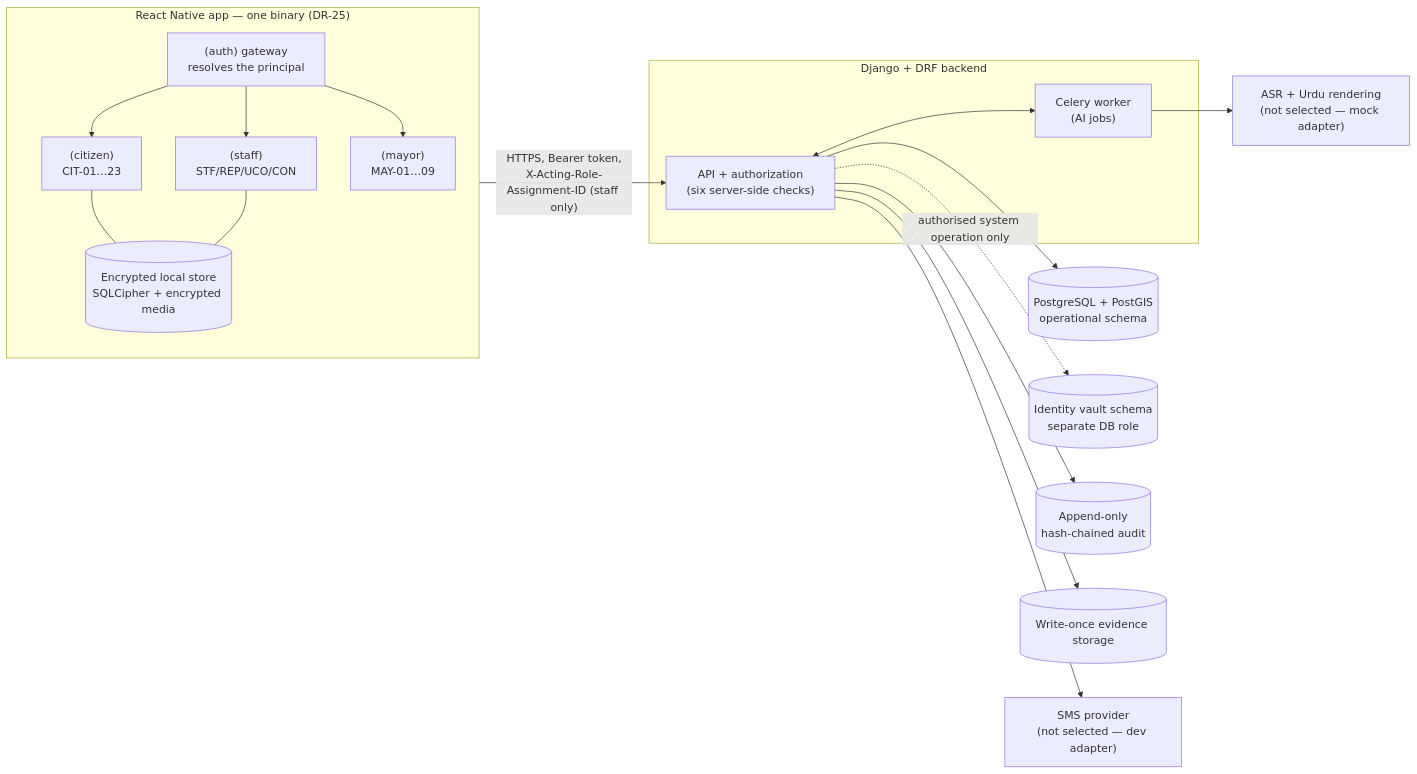
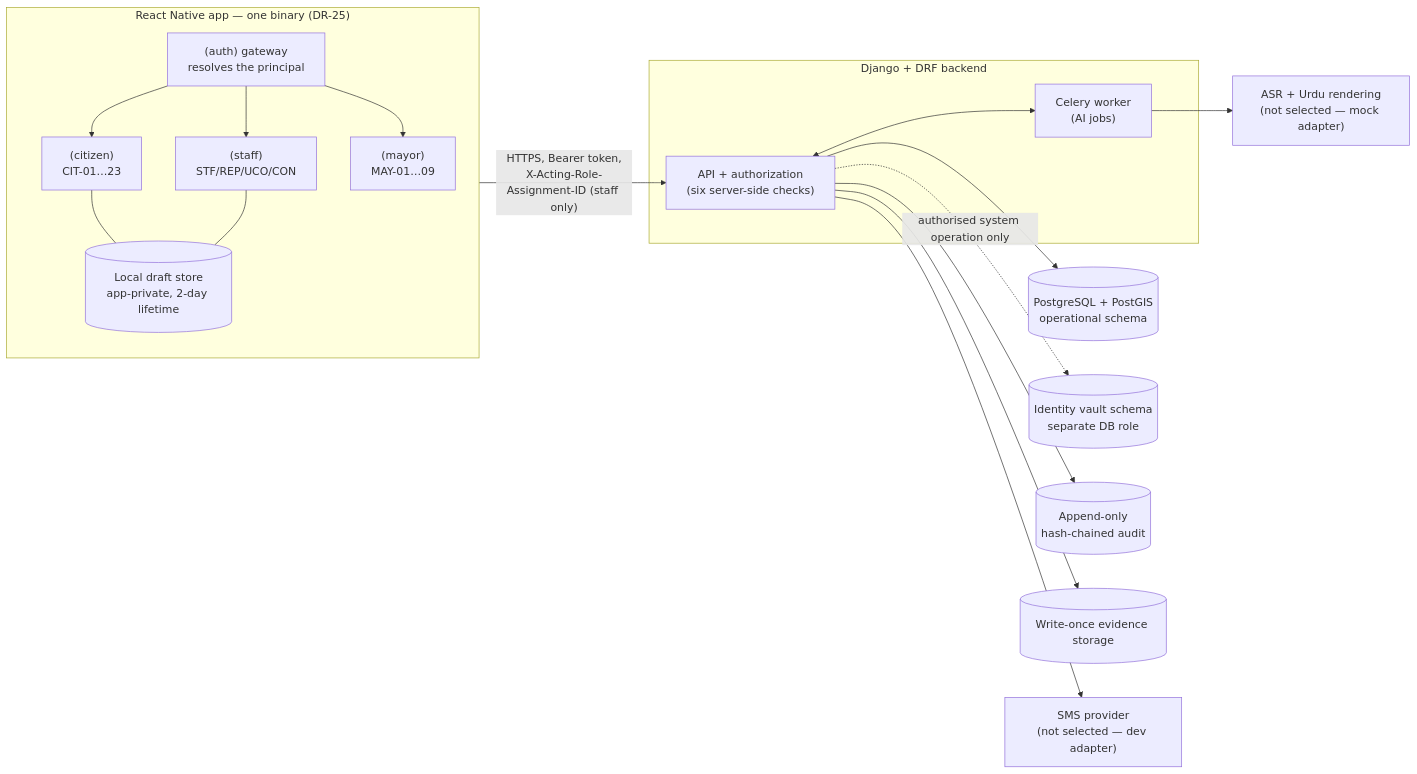
The diagram in docs/architecture/ARCHITECTURE_OVERVIEW.md (hassanjalal789/parakh-civic-tech), drawn with Mermaid before and after one commit. The commit also changed other lines of this file and 40 other files, not shown here.

First line of the commit message:
T-047, T-128, T-052: draft store without app encryption, 2-day lifetime, one-time move of the encrypted drafts, submission queue

````diff
--- a/docs/architecture/ARCHITECTURE_OVERVIEW.md
+++ b/docs/architecture/ARCHITECTURE_OVERVIEW.md
@@ -13,29 +13,29 @@
 ```mermaid
 flowchart LR
   subgraph App["React Native app — one binary (DR-25)"]
     GW["(auth) gateway<br/>resolves the principal"]
     CIT["(citizen)<br/>CIT-01…23"]
     STF["(staff)<br/>STF/REP/UCO/CON"]
     MAY["(mayor)<br/>MAY-01…09"]
-    LOC[("Encrypted local store<br/>SQLCipher + encrypted media")]
+    LOC[("Local draft store<br/>app-private, 2-day lifetime")]
     GW --> CIT & STF & MAY
     CIT --- LOC
     STF --- LOC
   end
   subgraph BE["Django + DRF backend"]
     API["API + authorization<br/>(six server-side checks)"]
     W["Celery worker<br/>(AI jobs)"]
   end
   DB[("PostgreSQL + PostGIS<br/>operational schema")]
   V[("Identity vault schema<br/>separate DB role")]
   A[("Append-only<br/>hash-chained audit")]
   S[("Write-once evidence storage")]
   SMS["SMS provider<br/>(not selected — dev adapter)"]
   AI["ASR + Urdu rendering<br/>(not selected — mock adapter)"]
   App -- "HTTPS, Bearer token,<br/>X-Acting-Role-Assignment-ID (staff only)" --> API
   API --> DB & A & S
   API -. "authorised system operation only" .-> V
   API --> SMS
   W --> AI
   API <--> W
 ```
````
